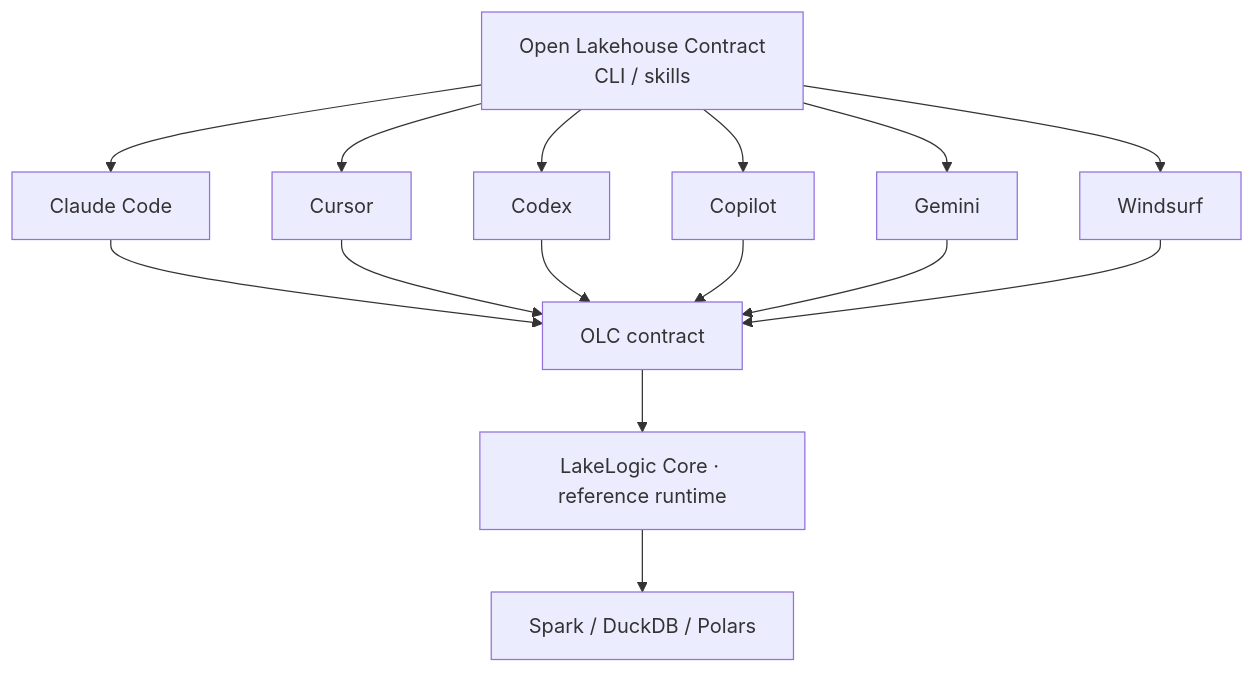
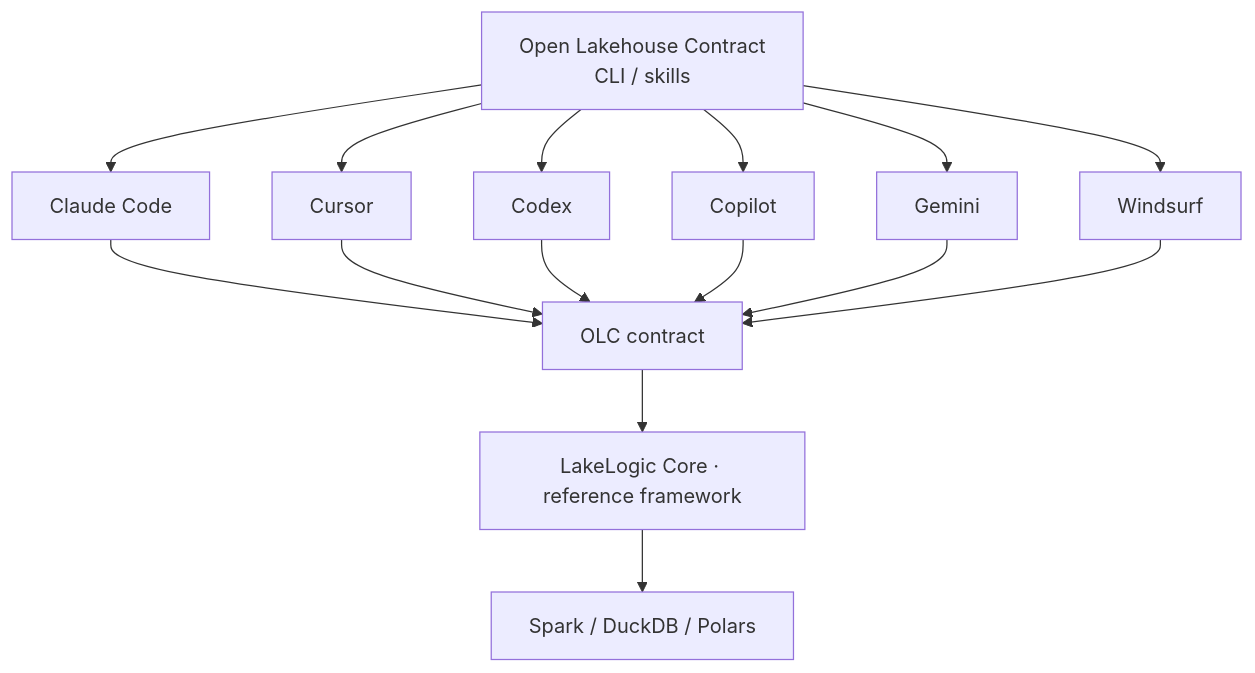
Before and after one commit to LakeLogic/open-lakehouse-contract: the third of 3 diagrams in docs/concepts/agent-workflow.md, drawn with Mermaid. The commit also changed other lines of this file and 32 other files, not shown here.

````diff
--- a/docs/concepts/agent-workflow.md
+++ b/docs/concepts/agent-workflow.md
@@ -139,17 +139,17 @@
 ```mermaid
 flowchart TD
     OLC[Open Lakehouse Contract<br/>CLI / skills] --> C[Claude Code]
     OLC --> Cu[Cursor]
     OLC --> Co[Codex]
     OLC --> Cp[Copilot]
     OLC --> G[Gemini]
     OLC --> W[Windsurf]
     C --> K[OLC contract]
     Cu --> K
     Co --> K
     Cp --> K
     G --> K
     W --> K
-    K --> RT[LakeLogic Core · reference runtime]
+    K --> RT[LakeLogic Core · reference framework]
     RT --> E[Spark / DuckDB / Polars]
 ```
````
